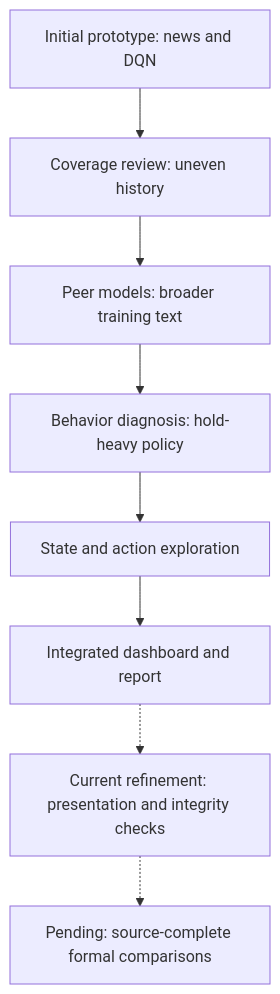
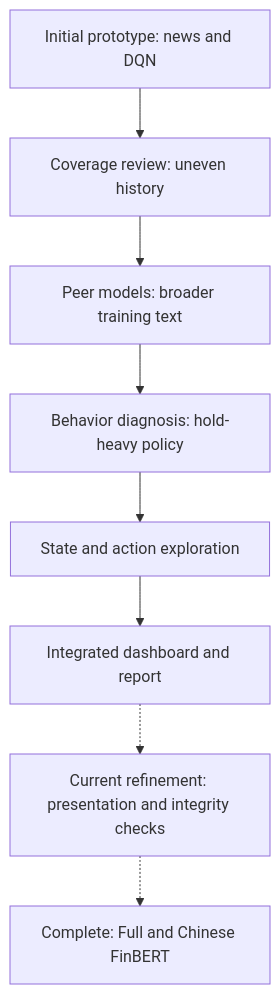
One commit to RyanLu0203/Fintech-data-scratching-and-analysis changed the diagram in docs/diagrams/project-journey.mmd. Above: the diagram before and after it, drawn with Mermaid. The commit also changed 282 other files, not shown here.

Commit message:
Complete frozen real-data experiments and Chinese FinBERT evaluation

```diff
--- a/docs/diagrams/project-journey.mmd
+++ b/docs/diagrams/project-journey.mmd
@@ -1,8 +1,8 @@
 flowchart TB
   A[Initial prototype: news and DQN] --> B[Coverage review: uneven history]
   B --> C[Peer models: broader training text]
   C --> D[Behavior diagnosis: hold-heavy policy]
   D --> E[State and action exploration]
   E --> F[Integrated dashboard and report]
   F -.-> R[Current refinement: presentation and integrity checks]
-  R -.-> P[Pending: source-complete formal comparisons]
+  R -.-> P[Complete: Full and Chinese FinBERT]
```
